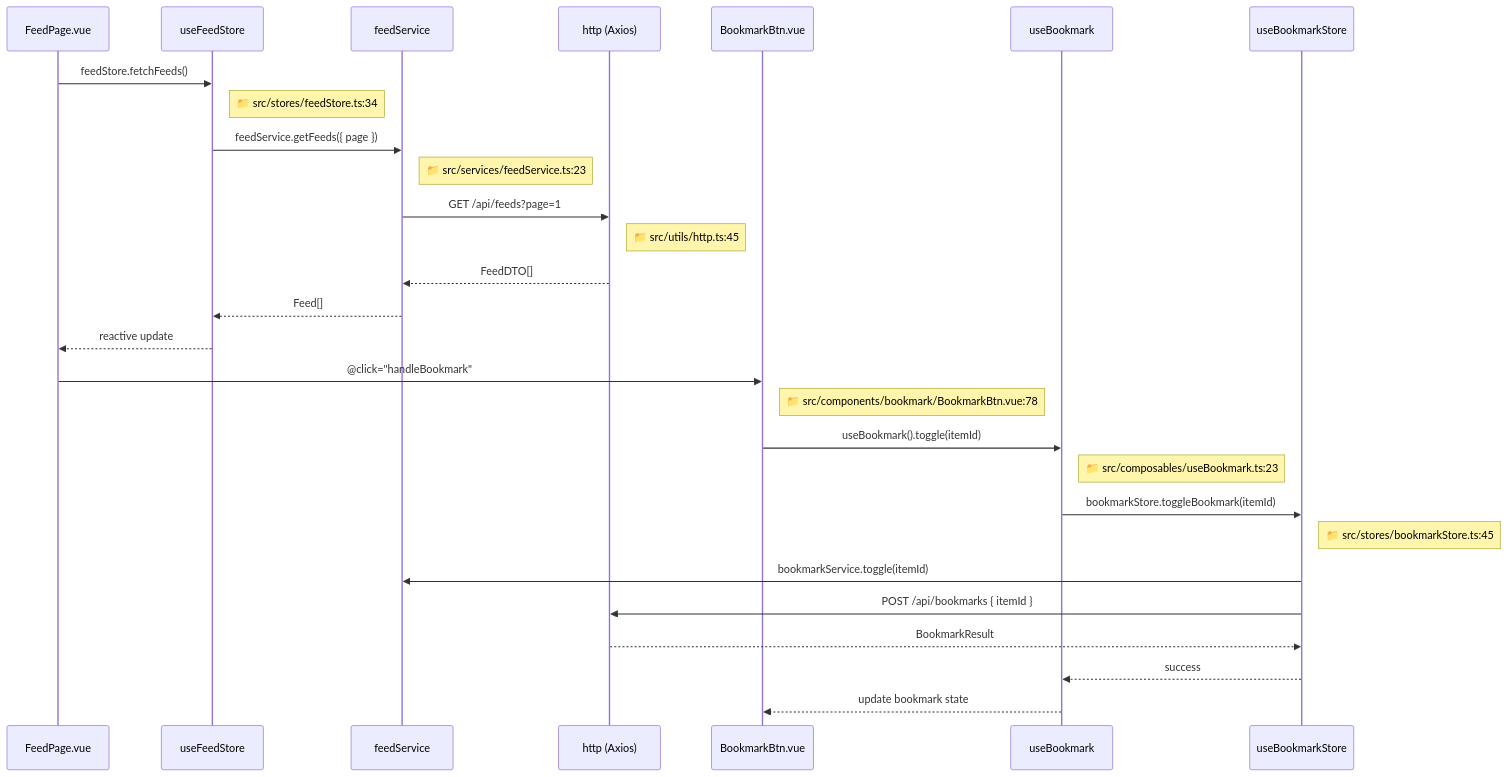
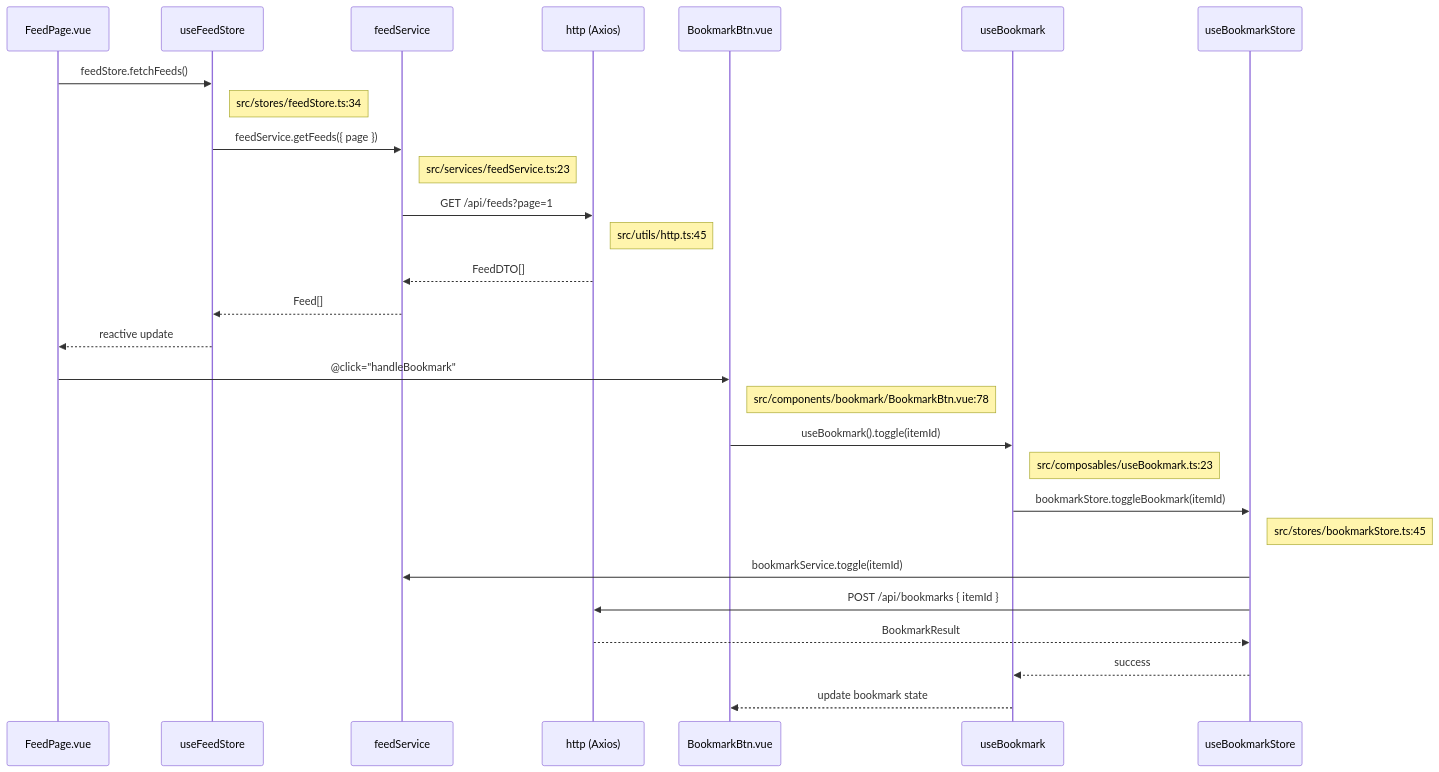
Before and after one commit to CaostGrace/project-arch-reverse: the fourth of 5 diagrams in references/vue-template.md, drawn with Mermaid. The commit also changed other lines of this file and 10 other files, not shown here.

Commit message:
fix: 修复 12.1 流程图 Mermaid 渲染问题 - 结构重组+节点引号+形状修复

````diff
--- a/references/vue-template.md
+++ b/references/vue-template.md
@@ -341,32 +355,32 @@
 ```mermaid
 sequenceDiagram
     participant Page as FeedPage.vue
     participant Store as useFeedStore
     participant Service as feedService
     participant API as http (Axios)
     participant Btn as BookmarkBtn.vue
     participant Comp as useBookmark
     participant BStore as useBookmarkStore
 
     Page->>Store: feedStore.fetchFeeds()
-    Note right of Store: 📁 src/stores/feedStore.ts:34
+    Note right of Store:  src/stores/feedStore.ts:34
     Store->>Service: feedService.getFeeds({ page })
-    Note right of Service: 📁 src/services/feedService.ts:23
+    Note right of Service:  src/services/feedService.ts:23
     Service->>API: GET /api/feeds?page=1
-    Note right of API: 📁 src/utils/http.ts:45
+    Note right of API:  src/utils/http.ts:45
     API-->>Service: FeedDTO[]
     Service-->>Store: Feed[]
     Store-->>Page: reactive update
 
     Page->>Btn: @click="handleBookmark"
-    Note right of Btn: 📁 src/components/bookmark/BookmarkBtn.vue:78
+    Note right of Btn:  src/components/bookmark/BookmarkBtn.vue:78
     Btn->>Comp: useBookmark().toggle(itemId)
-    Note right of Comp: 📁 src/composables/useBookmark.ts:23
+    Note right of Comp:  src/composables/useBookmark.ts:23
     Comp->>BStore: bookmarkStore.toggleBookmark(itemId)
-    Note right of BStore: 📁 src/stores/bookmarkStore.ts:45
+    Note right of BStore:  src/stores/bookmarkStore.ts:45
     BStore->>Service: bookmarkService.toggle(itemId)
     BStore->>API: POST /api/bookmarks { itemId }
     API-->>BStore: BookmarkResult
     BStore-->>Comp: success
     Comp-->>Btn: update bookmark state
 ```
````
